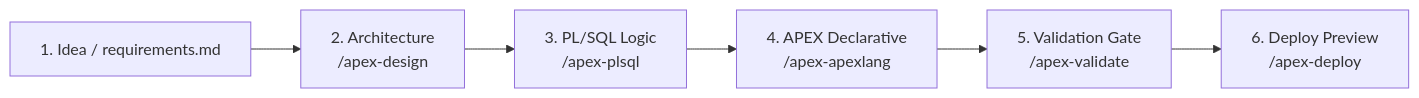
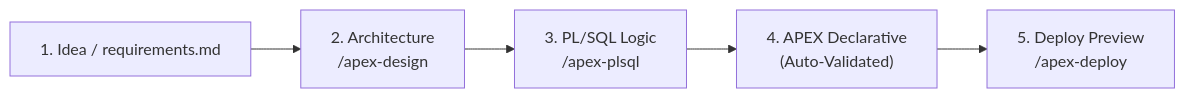
Before and after one commit to jaxontan/AP3X-1: the diagram in README.md, drawn with Mermaid. The commit also changed other lines of this file and 2 other files, not shown here.

Commit message:
Remove lingering /apex-validate references from README, verify skill, and commands

````diff
--- a/README.md
+++ b/README.md
@@ -70,8 +70,7 @@
 ```mermaid
 flowchart LR
     A["1. Idea / requirements.md"] --> B["2. Architecture<br/>/apex-design"]
     B --> C["3. PL/SQL Logic<br/>/apex-plsql"]
-    C --> D["4. APEX Declarative<br/>/apex-apexlang"]
-    D --> E["5. Validation Gate<br/>/apex-validate"]
-    E --> F["6. Deploy Preview<br/>/apex-deploy"]
+    C --> D["4. APEX Declarative<br/>(Auto-Validated)"]
+    D --> E["5. Deploy Preview<br/>/apex-deploy"]
 ```
````
